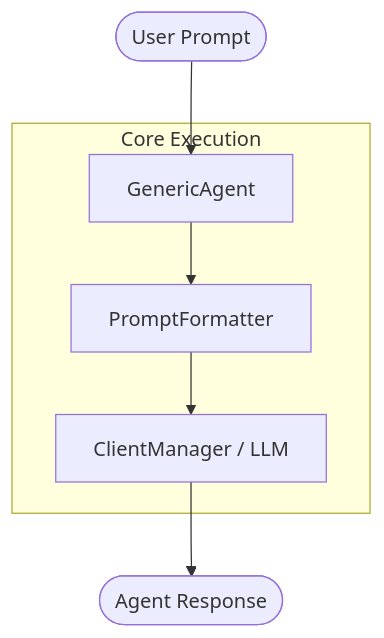
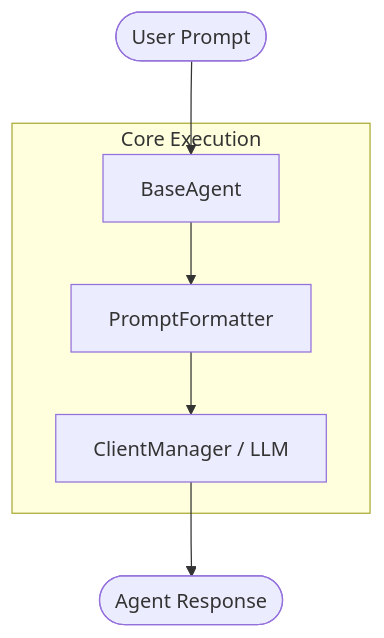
The diagram in manual/tutorials/basic-agent-tutorial.md (solarfresh/Auraflux-Core), drawn with Mermaid before and after one commit. The commit also changed other lines of this file and 10 other files, not shown here.

````diff
--- a/manual/tutorials/basic-agent-tutorial.md
+++ b/manual/tutorials/basic-agent-tutorial.md
@@ -15,9 +15,9 @@
 ```mermaid
 graph TD
-    User([User Prompt]) --> Agent[GenericAgent]
+    User([User Prompt]) --> Agent[BaseAgent]
     subgraph Core Execution
         Agent --> Formatter[PromptFormatter]
         Formatter --> Client[ClientManager / LLM]
     end
     Client --> Response([Agent Response])
 ```
````
